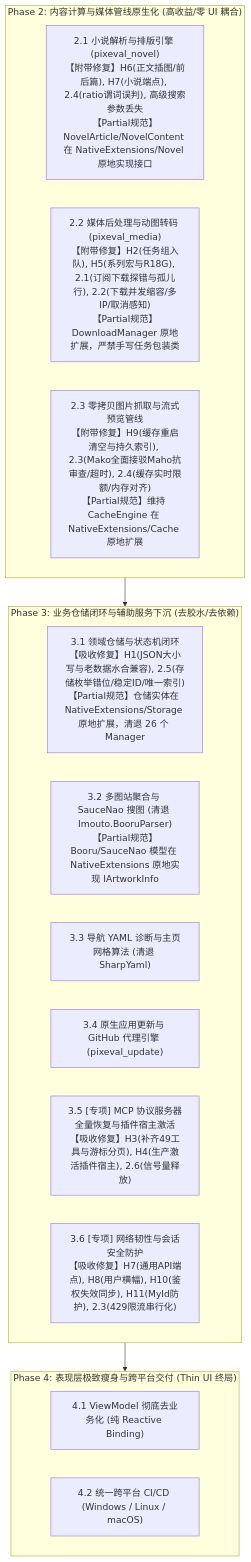
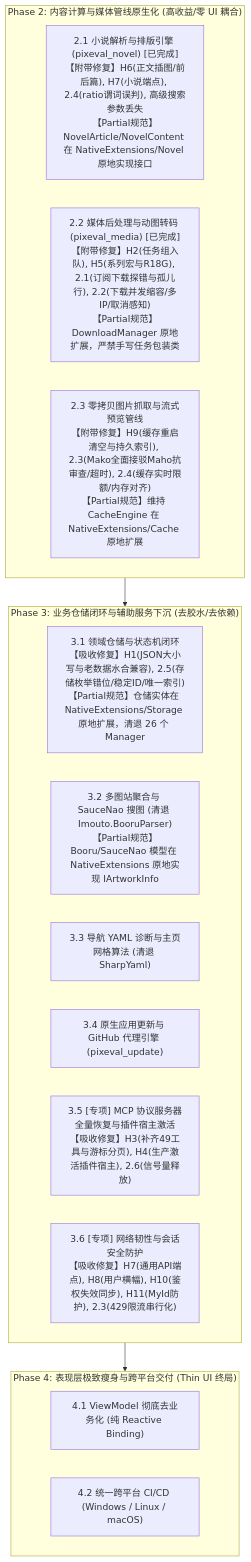
The diagram in docs/ROADMAP_RUST_MIGRATION_PHASE2.md (Summpot/Pixeval), drawn with Mermaid before and after one commit. The commit also changed other lines of this file and 30 other files, not shown here.

Commit message:
feat(rust-core): 实现阶段二 媒体后处理与动图转码管道及下载引擎缺陷修复 (Phase 2.2)

````diff
--- a/docs/ROADMAP_RUST_MIGRATION_PHASE2.md
+++ b/docs/ROADMAP_RUST_MIGRATION_PHASE2.md
@@ -90,25 +90,25 @@
 ```mermaid
 flowchart TD
     subgraph Phase2 ["Phase 2: 内容计算与媒体管线原生化 (高收益/零 UI 耦合)"]
-        P2_1["2.1 小说解析与排版引擎 (pixeval_novel)<br/>【附带修复】H6(正文插图/前后篇), H7(小说端点), 2.4(ratio谓词误判), 高级搜索参数丢失<br/>【Partial规范】NovelArticle/NovelContent 在 NativeExtensions/Novel 原地实现接口"]
-        P2_2["2.2 媒体后处理与动图转码 (pixeval_media)<br/>【附带修复】H2(任务组入队), H5(系列宏与R18G), 2.1(订阅下载探错与孤儿行), 2.2(下载并发缩容/多IP/取消感知)<br/>【Partial规范】DownloadManager 原地扩展，严禁手写任务包装类"]
+        P2_1["2.1 小说解析与排版引擎 (pixeval_novel) [已完成]<br/>【附带修复】H6(正文插图/前后篇), H7(小说端点), 2.4(ratio谓词误判), 高级搜索参数丢失<br/>【Partial规范】NovelArticle/NovelContent 在 NativeExtensions/Novel 原地实现接口"]
+        P2_2["2.2 媒体后处理与动图转码 (pixeval_media) [已完成]<br/>【附带修复】H2(任务组入队), H5(系列宏与R18G), 2.1(订阅下载探错与孤儿行), 2.2(下载并发缩容/多IP/取消感知)<br/>【Partial规范】DownloadManager 原地扩展，严禁手写任务包装类"]
         P2_3["2.3 零拷贝图片抓取与流式预览管线<br/>【附带修复】H9(缓存重启清空与持久索引), 2.3(Mako全面接驳Maho抗审查/超时), 2.4(缓存实时限额/内存对齐)<br/>【Partial规范】维持 CacheEngine 在 NativeExtensions/Cache 原地扩展"]
     end
 
     subgraph Phase3 ["Phase 3: 业务仓储闭环与辅助服务下沉 (去胶水/去依赖)"]
         P3_1["3.1 领域仓储与状态机闭环<br/>【吸收修复】H1(JSON大小写与老数据水合兼容), 2.5(存储枚举错位/稳定ID/唯一索引)<br/>【Partial规范】仓储实体在 NativeExtensions/Storage 原地扩展，清退 26 个 Manager"]
         P3_2["3.2 多图站聚合与 SauceNao 搜图 (清退 Imouto.BooruParser)<br/>【Partial规范】Booru/SauceNao 模型在 NativeExtensions 原地实现 IArtworkInfo"]
         P3_3["3.3 导航 YAML 诊断与主页网格算法 (清退 SharpYaml)"]
         P3_4["3.4 原生应用更新与 GitHub 代理引擎 (pixeval_update)"]
         P3_5["3.5 [专项] MCP 协议服务器全量恢复与插件宿主激活<br/>【吸收修复】H3(补齐49工具与游标分页), H4(生产激活插件宿主), 2.6(信号量释放)"]
         P3_6["3.6 [专项] 网络韧性与会话安全防护<br/>【吸收修复】H7(通用API端点), H8(用户横幅), H10(鉴权失效同步), H11(MyId防护), 2.3(429限流串行化)"]
     end
 
     subgraph Phase4 ["Phase 4: 表现层极致瘦身与跨平台交付 (Thin UI 终局)"]
         P4_1["4.1 ViewModel 彻底去业务化 (纯 Reactive Binding)"]
         P4_2["4.2 统一跨平台 CI/CD (Windows / Linux / macOS)"]
     end
 
     Phase2 --> Phase3
     Phase3 --> Phase4
 ```
````
